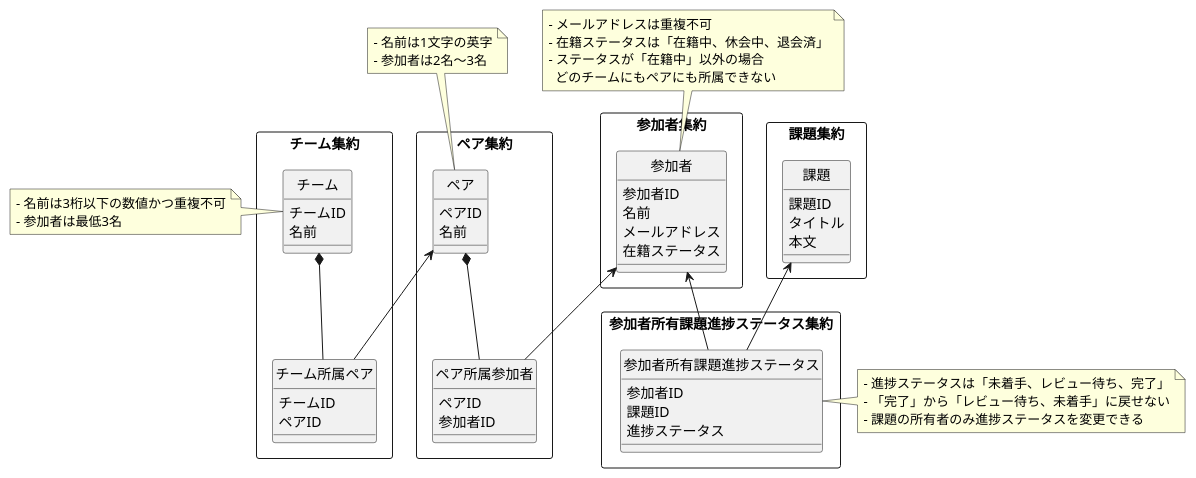
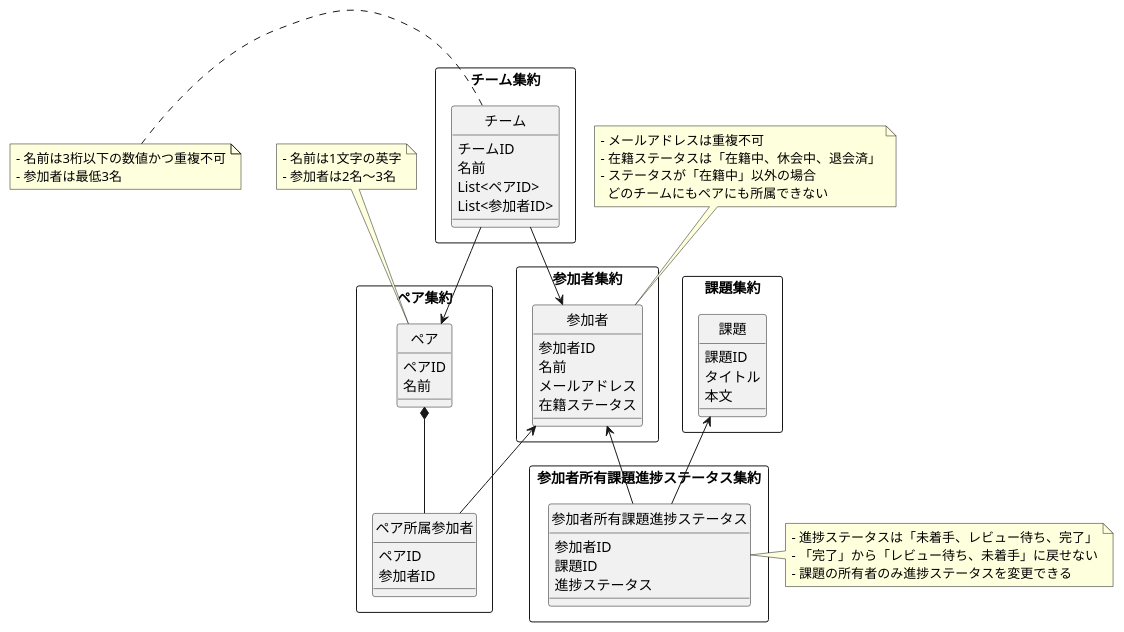
One commit to kooooichi24/praha-challenge-template changed the diagram in design/domain-model/domain-model.wsd. Above: the diagram before and after it, drawn with PlantUML. The commit also changed 1 other file, not shown here.

Commit message:
ドメインモデル図変更

```diff
--- a/design/domain-model/domain-model.wsd
+++ b/design/domain-model/domain-model.wsd
@@ -1,80 +1,78 @@
 @startuml domain-model
 
 ' hide the spot
 hide circle
 
 rectangle チーム集約 {
   entity チーム {
     チームID
     名前
-  }
-  entity チーム所属ペア {
-    チームID
-    ペアID
+    List<ペアID>
+    List<参加者ID>
   }
 }
 note left of チーム
 - 名前は3桁以下の数値かつ重複不可
 - 参加者は最低3名
 end note
 
 rectangle ペア集約 {
   entity ペア {
     ペアID
     名前
   }
   entity ペア所属参加者 {
     ペアID
     参加者ID
   }
 }
 note top of ペア
 - 名前は1文字の英字
 - 参加者は2名〜3名
 end note
 
 
 rectangle 参加者集約 {
   entity 参加者 {
     参加者ID
     名前
     メールアドレス
     在籍ステータス
   }
 }
 note top of 参加者
 - メールアドレスは重複不可
 - 在籍ステータスは「在籍中、休会中、退会済」
 - ステータスが「在籍中」以外の場合
   どのチームにもペアにも所属できない
 end note
 
 rectangle 課題集約 {
   entity 課題 {
     課題ID
     タイトル
     本文
   }
 }
 
 rectangle 参加者所有課題進捗ステータス集約 {
   entity 参加者所有課題進捗ステータス {
     参加者ID
     課題ID
     進捗ステータス
   }
 }
 note right of 参加者所有課題進捗ステータス
 - 進捗ステータスは「未着手、レビュー待ち、完了」
 - 「完了」から「レビュー待ち、未着手」に戻せない
 - 課題の所有者のみ進捗ステータスを変更できる
 end note
 
-チーム *-- チーム所属ペア
-ペア <-- チーム所属ペア
+チーム --> ペア
+チーム --> 参加者
 ペア *-- ペア所属参加者
 参加者 <-- ペア所属参加者
 参加者 <-- 参加者所有課題進捗ステータス
 課題 <-- 参加者所有課題進捗ステータス
 
 @enduml
```
